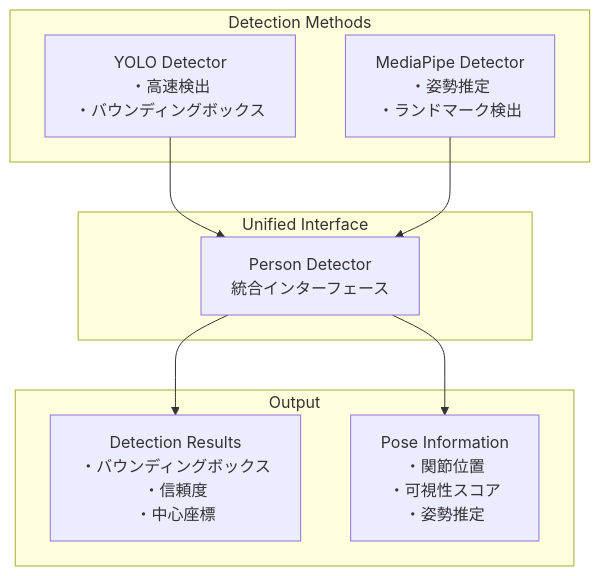
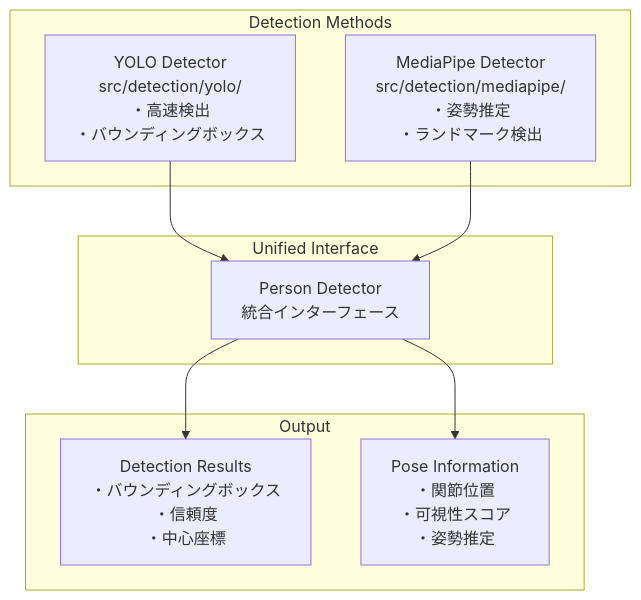
Before and after one commit to kira612/PBL_test: the third of 11 diagrams in docs/System_Architecture.md, drawn with Mermaid. The commit also changed other lines of this file and 60 other files, not shown here.

First line of the commit message:
Refactor codebase into modular architecture with comprehensive documentation updates

````diff
--- a/docs/System_Architecture.md
+++ b/docs/System_Architecture.md
@@ -81,21 +82,21 @@
 ```mermaid
 graph TB
     subgraph "Detection Methods"
-        YOLO[YOLO Detector<br/>・高速検出<br/>・バウンディングボックス]
-        MediaPipe[MediaPipe Detector<br/>・姿勢推定<br/>・ランドマーク検出]
+        YOLO[YOLO Detector<br/>src/detection/yolo/<br/>・高速検出<br/>・バウンディングボックス]
+        MediaPipe[MediaPipe Detector<br/>src/detection/mediapipe/<br/>・姿勢推定<br/>・ランドマーク検出]
     end
     
     subgraph "Unified Interface"
         PersonDetector[Person Detector<br/>統合インターフェース]
     end
     
     subgraph "Output"
         Detection[Detection Results<br/>・バウンディングボックス<br/>・信頼度<br/>・中心座標]
         Pose[Pose Information<br/>・関節位置<br/>・可視性スコア<br/>・姿勢推定]
     end
     
     YOLO --> PersonDetector
     MediaPipe --> PersonDetector
     PersonDetector --> Detection
     PersonDetector --> Pose
 ```
````
